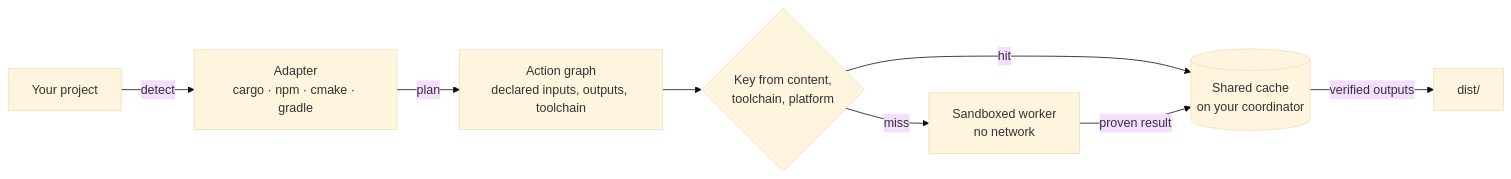
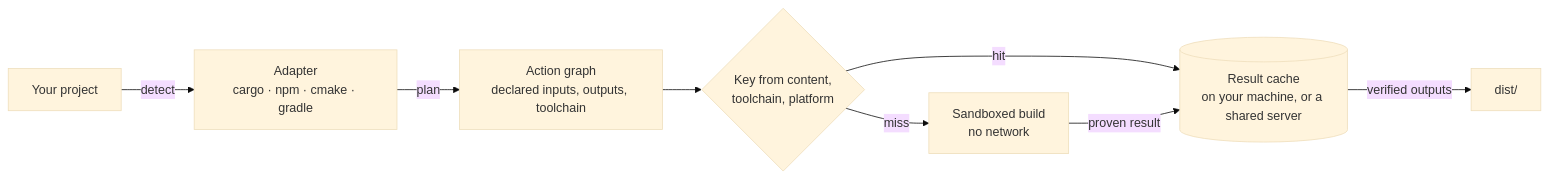
One commit to vortemain/ant changed the diagram in README.md. Above: the diagram before and after it, drawn with Mermaid (base theme). The commit also changed other lines of this file and 5 other files, not shown here.

````diff
--- a/README.md
+++ b/README.md
@@ -100,10 +102,10 @@
 ```mermaid
 flowchart LR
     P[Your project] -->|detect| A[Adapter<br/>cargo · npm · cmake · gradle]
     A -->|plan| G[Action graph<br/>declared inputs, outputs, toolchain]
     G --> K{Key from content,<br/>toolchain, platform}
-    K -->|hit| C[(Shared cache<br/>on your coordinator)]
-    K -->|miss| W[Sandboxed worker<br/>no network]
+    K -->|hit| C[(Result cache<br/>on your machine, or a shared server)]
+    K -->|miss| W[Sandboxed build<br/>no network]
     W -->|proven result| C
     C -->|verified outputs| D[dist/]
 ```
````
